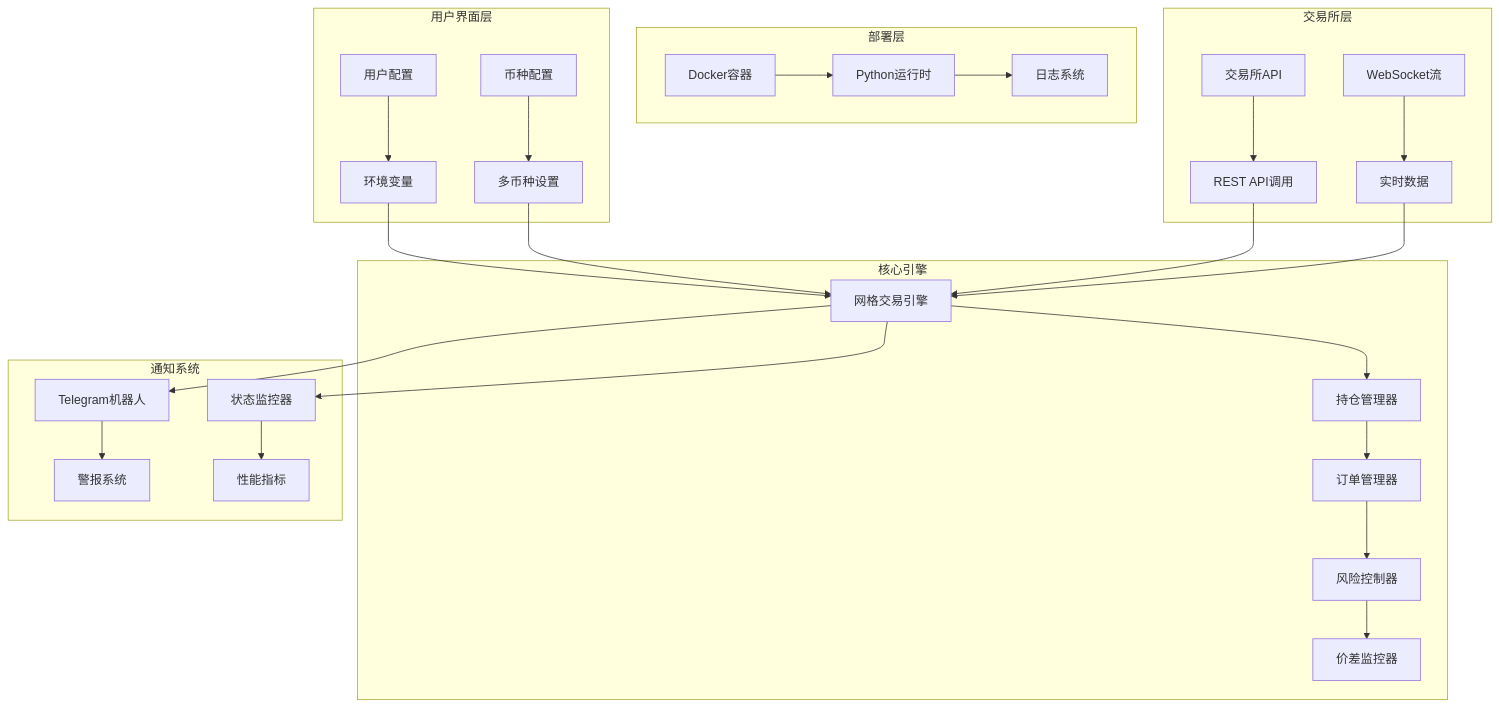
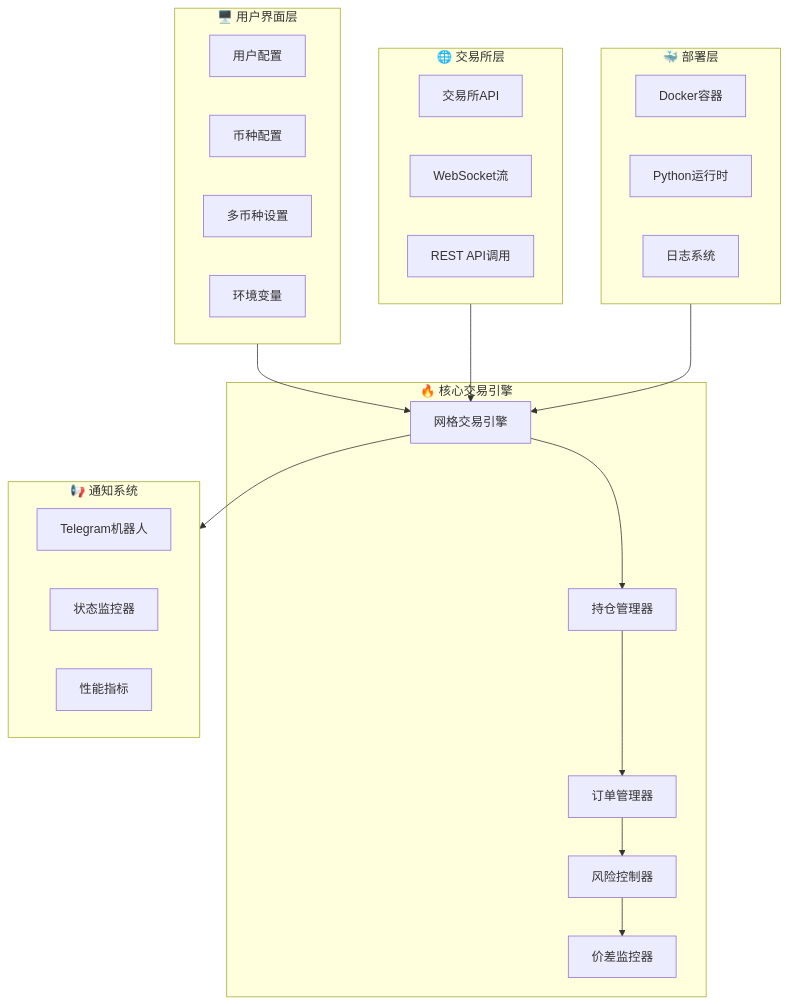
One commit to aoooeg/AS-Grid changed the first of 4 diagrams in docs/README_ZN.md. Above: the diagram before and after it, drawn with Mermaid. The commit also changed other lines of this file and 1 other file, not shown here.

Commit message:
Optimize Mermaid diagrams: improve readability and structure

````diff
--- a/docs/README_ZN.md
+++ b/docs/README_ZN.md
@@ -61,36 +61,42 @@
 ```mermaid
-graph TB
-    subgraph "用户界面层"
-        A[用户配置] --> B[环境变量]
-        C[币种配置] --> D[多币种设置]
+flowchart TB
+    subgraph UI["🖥️ 用户界面层"]
+        A[用户配置]
+        B[币种配置]
+        C[多币种设置]
+        D[环境变量]
     end
-    
-    subgraph "部署层"
-        E[Docker容器] --> F[Python运行时]
-        F --> G[日志系统]
+
+    subgraph Core["🔥 核心交易引擎"]
+        E[网格交易引擎]
+        F[持仓管理器]
+        G[订单管理器]
+        H[风险控制器]
+        I[价差监控器]
     end
-    
-    subgraph "交易所层"
-        H[交易所API] --> I[REST API调用]
-        J[WebSocket流] --> K[实时数据]
+
+    subgraph Exchange["🌐 交易所层"]
+        J[交易所API]
+        K[WebSocket流]
+        L[REST API调用]
     end
-    
-    subgraph "核心引擎"
-        L[网格交易引擎] --> M[持仓管理器]
-        M --> N[订单管理器]
-        N --> O[风险控制器]
-        O --> P[价差监控器]
+
+    subgraph Notify["📢 通知系统"]
+        M[Telegram机器人]
+        N[状态监控器]
+        O[性能指标]
     end
-    
-    subgraph "通知系统"
-        Q[Telegram机器人] --> R[警报系统]
-        S[状态监控器] --> T[性能指标]
+
+    subgraph Deploy["🐳 部署层"]
+        P[Docker容器]
+        Q[Python运行时]
+        R[日志系统]
     end
-    
-    B --> L
-    D --> L
-    I --> L
-    K --> L
-    L --> Q
-    L --> S
+
+    %% 连接关系
+    UI --> E
+    Exchange --> E
+    E --> F --> G --> H --> I
+    E --> Notify
+    Deploy --> E
 ```
````
